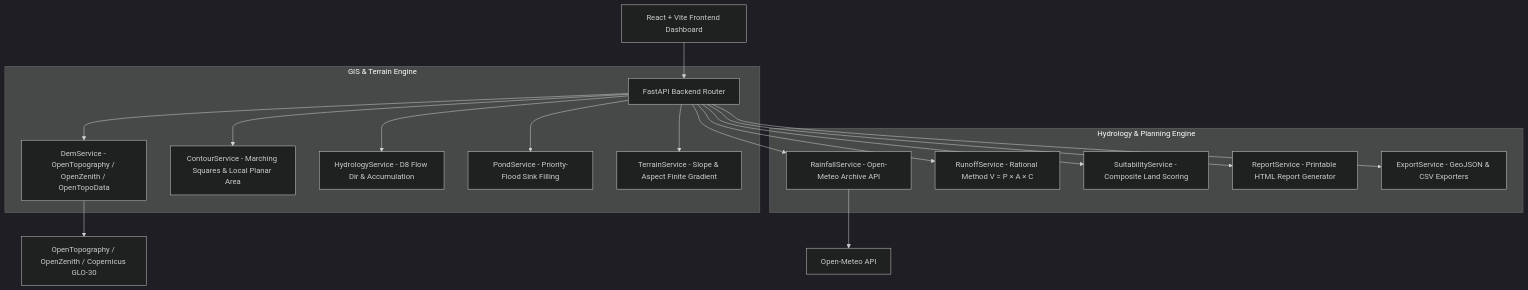
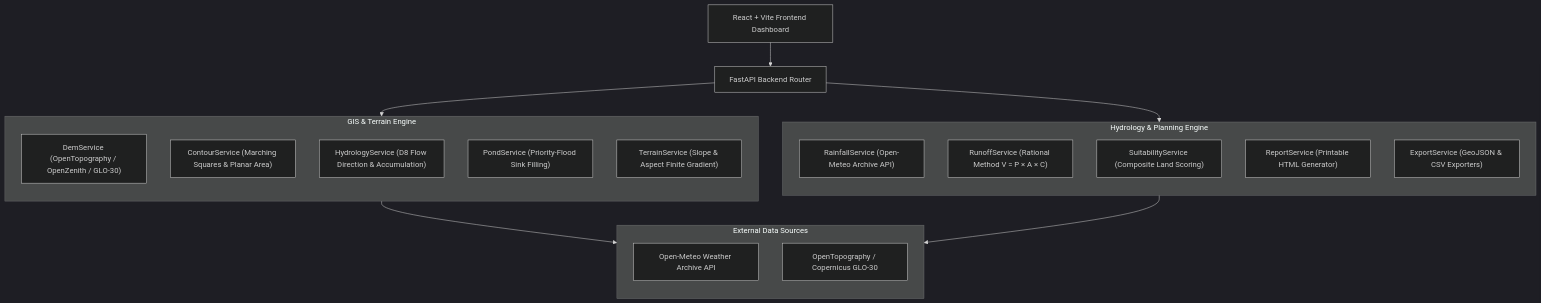
Before and after one commit to Abhigyan6091/Pond-Planning-System: the diagram in README.md, drawn with Mermaid (dark theme). The commit also changed other lines of this file, not shown here.

Commit message:
docs: make architecture diagram vertical and fix LaTeX math formatting in README

````diff
--- a/README.md
+++ b/README.md
@@ -45,23 +45,35 @@
 ```mermaid
-graph TD
-    Client[React + Vite Frontend Dashboard] --> API[FastAPI Backend Router]
+flowchart TD
+    Client["React + Vite Frontend Dashboard"]
+    API["FastAPI Backend Router"]
 
-    subgraph GIS & Terrain Engine
-        API --> DEM[DemService - OpenTopography / OpenZenith / OpenTopoData]
-        API --> Contour[ContourService - Marching Squares & Local Planar Area]
-        API --> Hydro[HydrologyService - D8 Flow Dir & Accumulation]
-        API --> Pond[PondService - Priority-Flood Sink Filling]
-        API --> Terrain[TerrainService - Slope & Aspect Finite Gradient]
+    subgraph GIS_Engine["GIS & Terrain Engine"]
+        direction TB
+        DEM["DemService (OpenTopography / OpenZenith / GLO-30)"]
+        Contour["ContourService (Marching Squares & Planar Area)"]
+        Hydro["HydrologyService (D8 Flow Direction & Accumulation)"]
+        Pond["PondService (Priority-Flood Sink Filling)"]
+        Terrain["TerrainService (Slope & Aspect Finite Gradient)"]
     end
 
-    subgraph Hydrology & Planning Engine
-        API --> Rain[RainfallService - Open-Meteo Archive API]
-        API --> Runoff[RunoffService - Rational Method V = P × A × C]
-        API --> Suit[SuitabilityService - Composite Land Scoring]
-        API --> Report[ReportService - Printable HTML Report Generator]
-        API --> Export[ExportService - GeoJSON & CSV Exporters]
+    subgraph Planning_Engine["Hydrology & Planning Engine"]
+        direction TB
+        Rain["RainfallService (Open-Meteo Archive API)"]
+        Runoff["RunoffService (Rational Method V = P × A × C)"]
+        Suit["SuitabilityService (Composite Land Scoring)"]
+        Report["ReportService (Printable HTML Generator)"]
+        Export["ExportService (GeoJSON & CSV Exporters)"]
     end
 
-    Rain --> ExternalRain[Open-Meteo API]
-    DEM --> ExternalDEM[OpenTopography / OpenZenith / Copernicus GLO-30]
+    subgraph External_Services["External Data Sources"]
+        direction TB
+        ExtRain["Open-Meteo Weather Archive API"]
+        ExtDEM["OpenTopography / Copernicus GLO-30"]
+    end
+
+    Client --> API
+    API --> GIS_Engine
+    API --> Planning_Engine
+    GIS_Engine --> ExtDEM
+    Planning_Engine --> ExtRain
 ```
````
